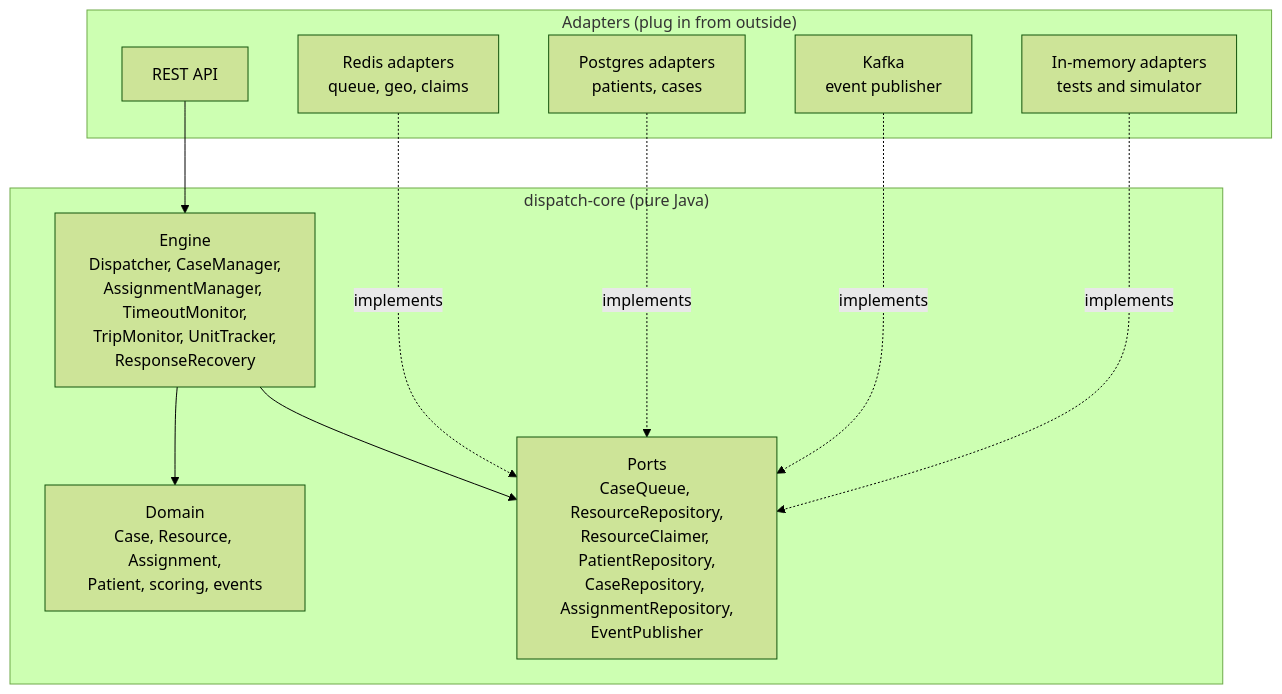
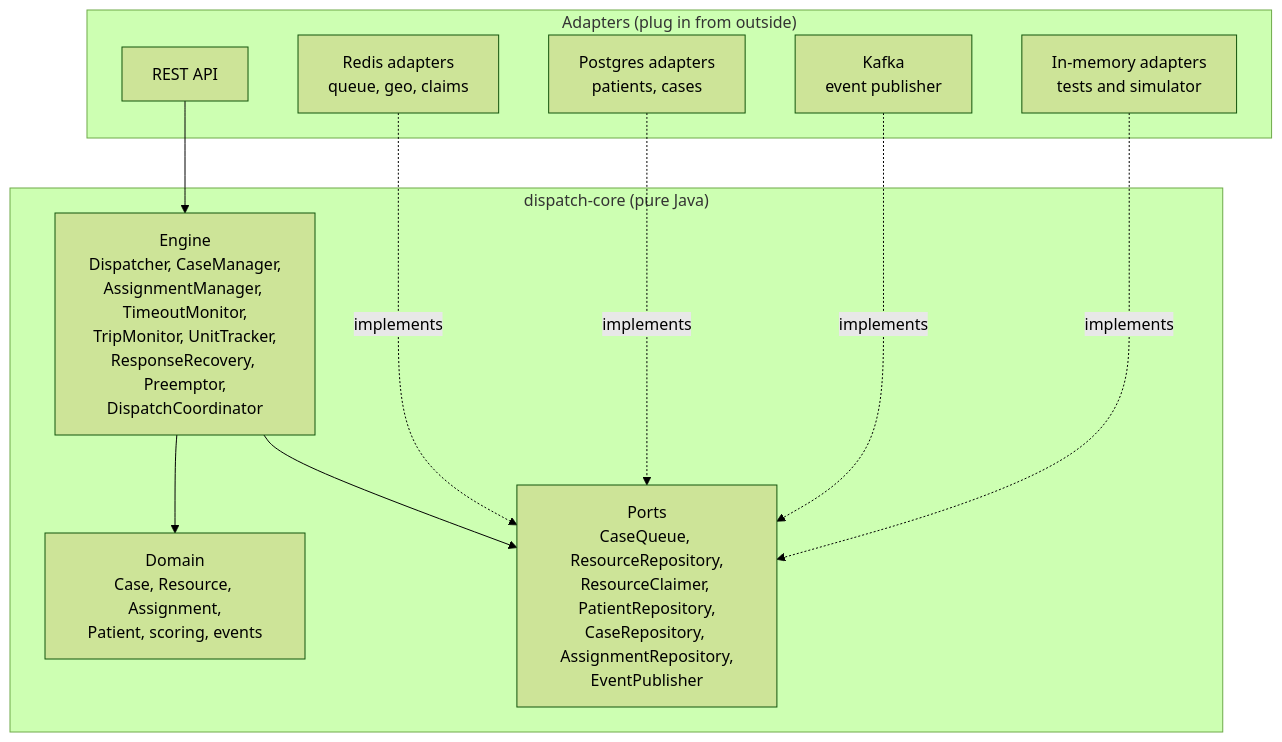
The third of 3 diagrams in README.md (anujpi/medidispatch), drawn with Mermaid (forest theme) before and after one commit. The commit also changed other lines of this file and 1 other file, not shown here.

````diff
--- a/README.md
+++ b/README.md
@@ -105,22 +105,22 @@
 ```mermaid
 flowchart TB
     subgraph Outside["Adapters (plug in from outside)"]
         REST[REST API]
         REDIS[Redis adapters<br/>queue, geo, claims]
         PG[Postgres adapters<br/>patients, cases]
         KAFKA[Kafka<br/>event publisher]
         MEM[In-memory adapters<br/>tests and simulator]
     end
     subgraph Core["dispatch-core (pure Java)"]
-        ENG[Engine<br/>Dispatcher, CaseManager,<br/>AssignmentManager, TimeoutMonitor,<br/>TripMonitor, UnitTracker,<br/>ResponseRecovery]
+        ENG[Engine<br/>Dispatcher, CaseManager,<br/>AssignmentManager, TimeoutMonitor,<br/>TripMonitor, UnitTracker,<br/>ResponseRecovery, Preemptor,<br/>DispatchCoordinator]
         DOM[Domain<br/>Case, Resource, Assignment,<br/>Patient, scoring, events]
         PORTS[Ports<br/>CaseQueue, ResourceRepository,<br/>ResourceClaimer, PatientRepository,<br/>CaseRepository, AssignmentRepository,<br/>EventPublisher]
     end
     REST --> ENG
     ENG --> DOM
     ENG --> PORTS
     REDIS -. implements .-> PORTS
     PG -. implements .-> PORTS
     KAFKA -. implements .-> PORTS
     MEM -. implements .-> PORTS
 ```
````
